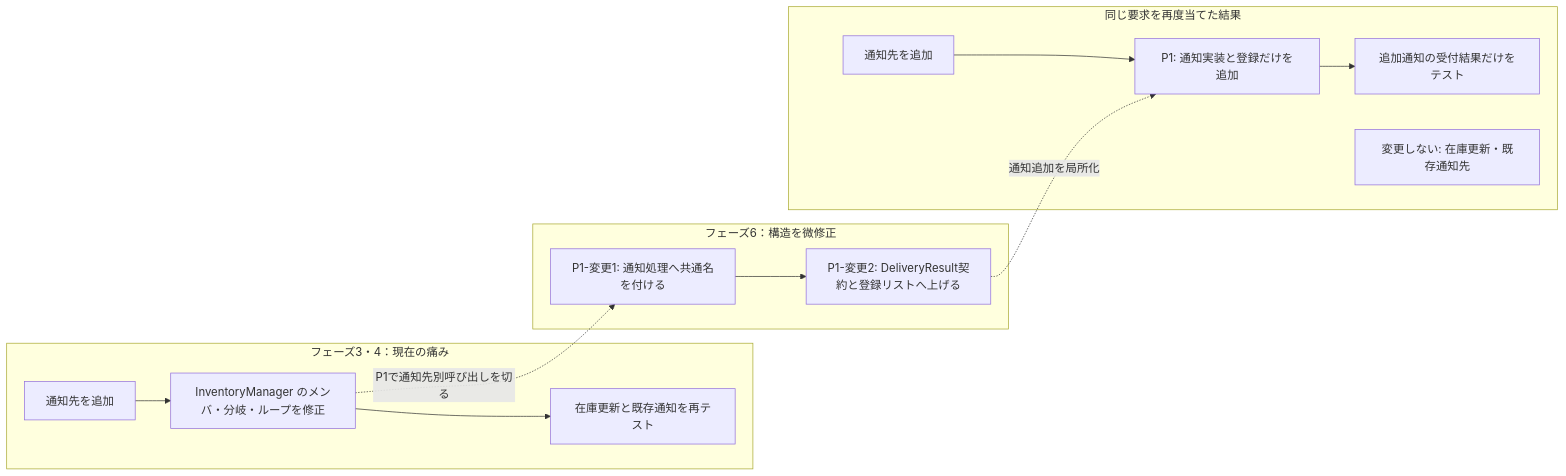
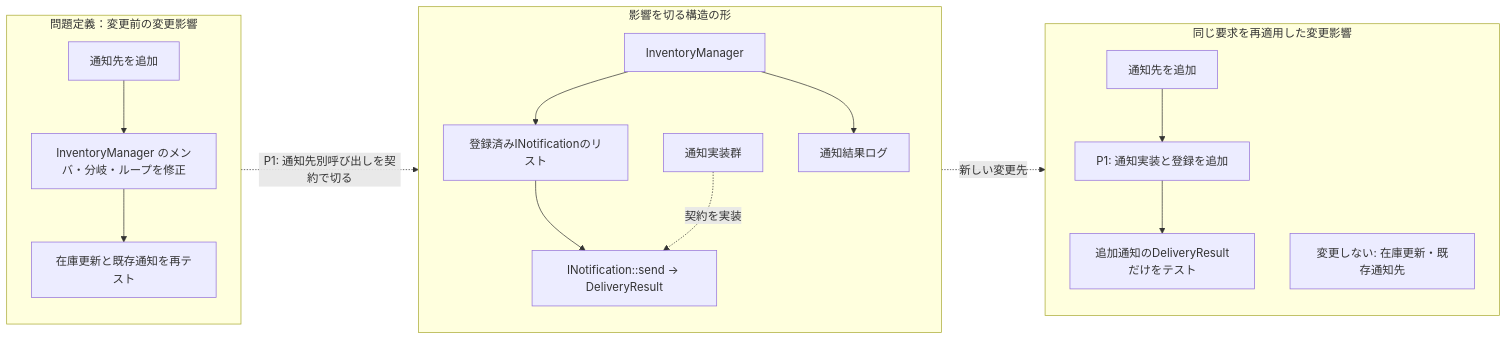
Before and after one commit to kumachan1101-pixel/DesignPattern: the sixth of 13 diagrams in kindle/design-patterns/output/chapter07.md, drawn with Mermaid. The commit also changed other lines of this file and 22 other files, not shown here.

Commit message:
Show structural change in impact diagrams

````diff
--- a/kindle/design-patterns/output/chapter07.md
+++ b/kindle/design-patterns/output/chapter07.md
@@ -921,17 +921,23 @@
 ```mermaid
 flowchart LR
-    subgraph Pain["フェーズ3・4：現在の痛み"]
+    subgraph Pain["問題定義：変更前の変更影響"]
+        direction TB
         CR["通知先を追加"] --> C1["InventoryManager のメンバ・分岐・ループを修正"]
         C1 --> C2["在庫更新と既存通知を再テスト"]
     end
-    subgraph StructuralChange["フェーズ6：構造を微修正"]
-        S1["P1-変更1: 通知処理へ共通名を付ける"] --> S2["P1-変更2: DeliveryResult契約と登録リストへ上げる"]
+    subgraph TargetStructure["影響を切る構造の形"]
+        direction TB
+        IM["InventoryManager"] --> Reg["登録済みINotificationのリスト"]
+        Reg --> N["INotification::send → DeliveryResult"]
+        NI["通知実装群"] -. "契約を実装" .-> N
+        IM --> Log["通知結果ログ"]
     end
-    subgraph Result["同じ要求を再度当てた結果"]
-        IR["通知先を追加"] --> I1["P1: 通知実装と登録だけを追加"]
-        I1 --> I2["追加通知の受付結果だけをテスト"]
+    subgraph Result["同じ要求を再適用した変更影響"]
+        direction TB
+        IR["通知先を追加"] --> I1["P1: 通知実装と登録を追加"]
+        I1 --> I2["追加通知のDeliveryResultだけをテスト"]
         IS["変更しない: 在庫更新・既存通知先"]
     end
-    C1 -. "P1で通知先別呼び出しを切る" .-> S1
-    S2 -. "通知追加を局所化" .-> I1
+    C1 -. "P1: 通知先別呼び出しを契約で切る" .-> N
+    N -. "新しい変更先" .-> I1
 ```
````
